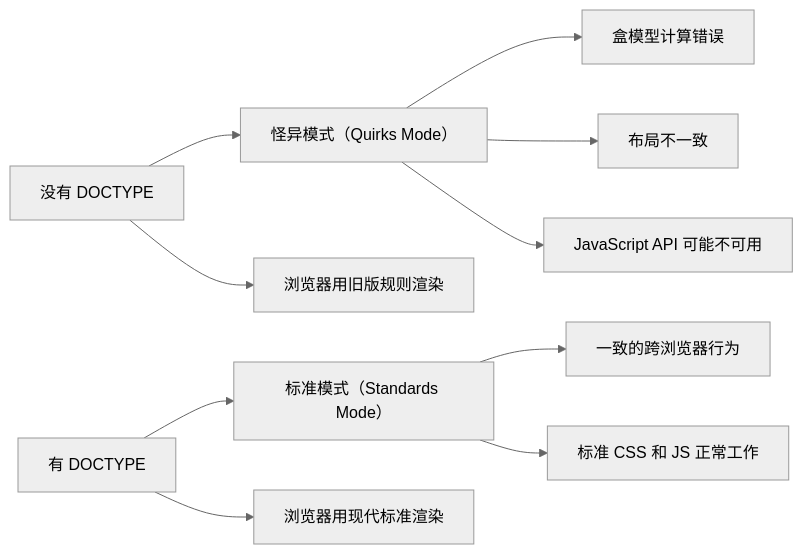
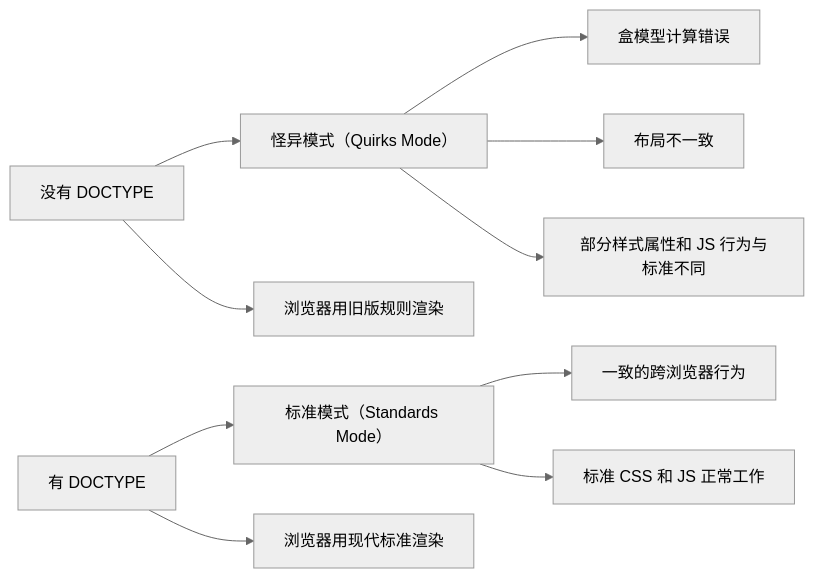
The fourth of 6 diagrams in content/CSS/basic/Chapter-03-Writing-Your-First-CSS-Page.md (before80/prgms), drawn with Mermaid (neutral theme) before and after one commit. The commit also changed other lines of this file and 1645 other files, not shown here.

````diff
--- a/content/CSS/basic/Chapter-03-Writing-Your-First-CSS-Page.md
+++ b/content/CSS/basic/Chapter-03-Writing-Your-First-CSS-Page.md
@@ -633,15 +668,15 @@
 ```mermaid
 graph LR
     A["没有 DOCTYPE"] --> B["怪异模式（Quirks Mode）"]
     A --> C["浏览器用旧版规则渲染"]
 
     D["有 DOCTYPE"] --> E["标准模式（Standards Mode）"]
     D --> F["浏览器用现代标准渲染"]
 
     B --> G["盒模型计算错误"]
     B --> H["布局不一致"]
-    B --> I["JavaScript API 可能不可用"]
+    B --> I["部分样式属性和 JS 行为与标准不同"]
 
     E --> J["一致的跨浏览器行为"]
     E --> K["标准 CSS 和 JS 正常工作"]
 ```
````
